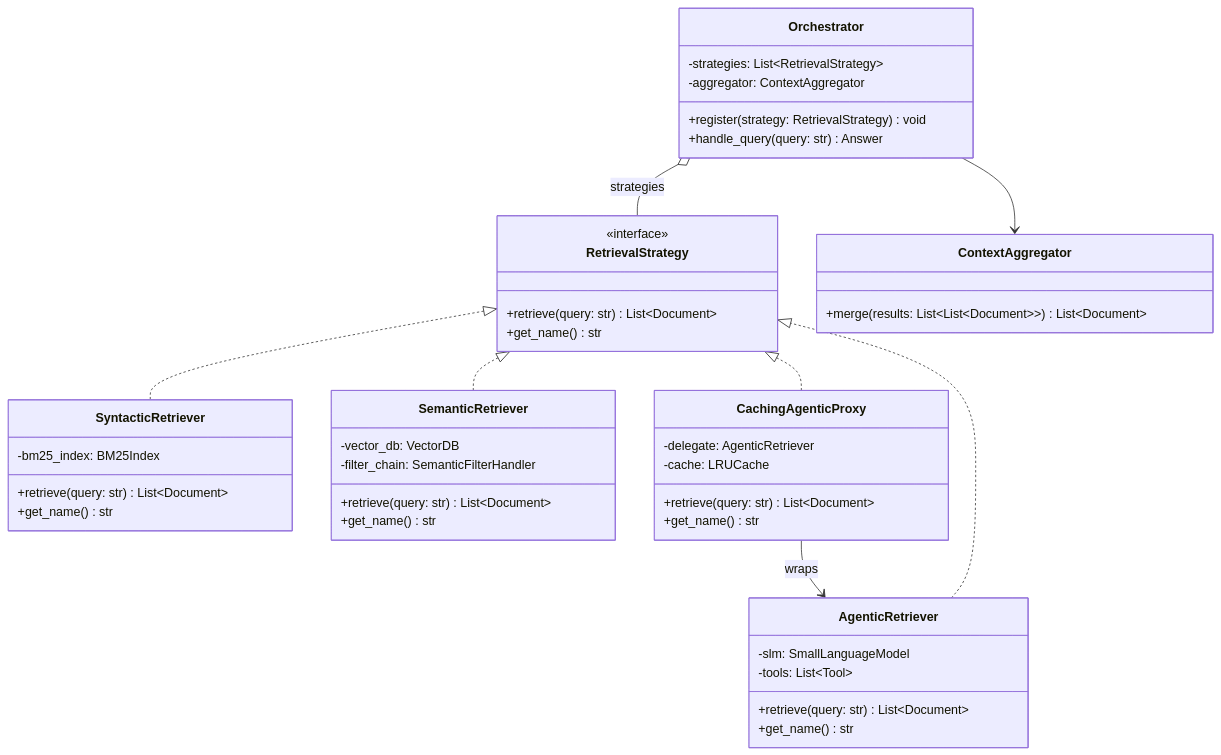
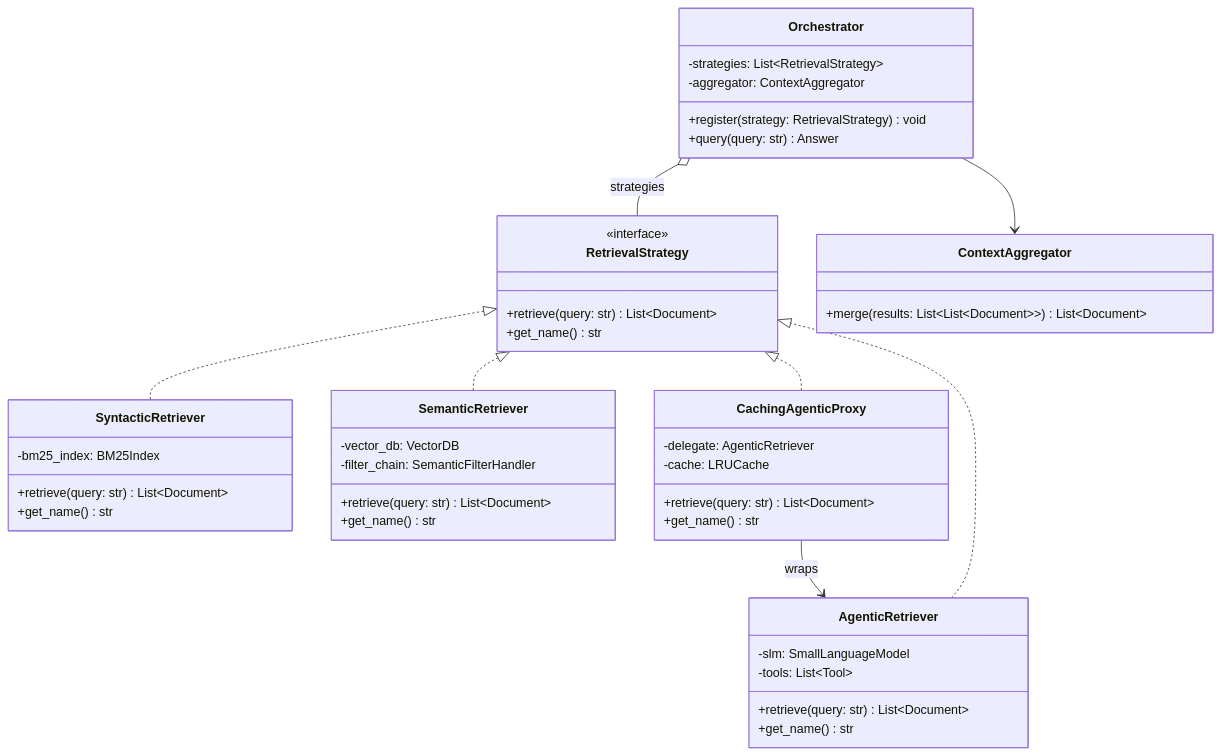
The first of 4 diagrams in Task3/ImplementationPatterns.md (Arihant25/aamsir), drawn with Mermaid before and after one commit. The commit also changed other lines of this file and 12 other files, not shown here.

````diff
--- a/Task3/ImplementationPatterns.md
+++ b/Task3/ImplementationPatterns.md
@@ -20,54 +25,54 @@
 ```mermaid
 classDiagram
     class RetrievalStrategy {
         <<interface>>
         +retrieve(query: str) List~Document~
         +get_name() str
     }
 
     class SyntacticRetriever {
         -bm25_index: BM25Index
         +retrieve(query: str) List~Document~
         +get_name() str
     }
 
     class SemanticRetriever {
         -vector_db: VectorDB
         -filter_chain: SemanticFilterHandler
         +retrieve(query: str) List~Document~
         +get_name() str
     }
 
     class AgenticRetriever {
         -slm: SmallLanguageModel
         -tools: List~Tool~
         +retrieve(query: str) List~Document~
         +get_name() str
     }
 
     class CachingAgenticProxy {
         -delegate: AgenticRetriever
         -cache: LRUCache
         +retrieve(query: str) List~Document~
         +get_name() str
     }
 
     class Orchestrator {
         -strategies: List~RetrievalStrategy~
         -aggregator: ContextAggregator
         +register(strategy: RetrievalStrategy) void
-        +handle_query(query: str) Answer
+        +query(query: str) Answer
     }
 
     class ContextAggregator {
         +merge(results: List~List~Document~~) List~Document~
     }
 
     RetrievalStrategy <|.. SyntacticRetriever
     RetrievalStrategy <|.. SemanticRetriever
     RetrievalStrategy <|.. CachingAgenticProxy
     CachingAgenticProxy --> AgenticRetriever : wraps
     AgenticRetriever ..|> RetrievalStrategy
     Orchestrator o-- RetrievalStrategy : strategies
     Orchestrator --> ContextAggregator
 ```
````
